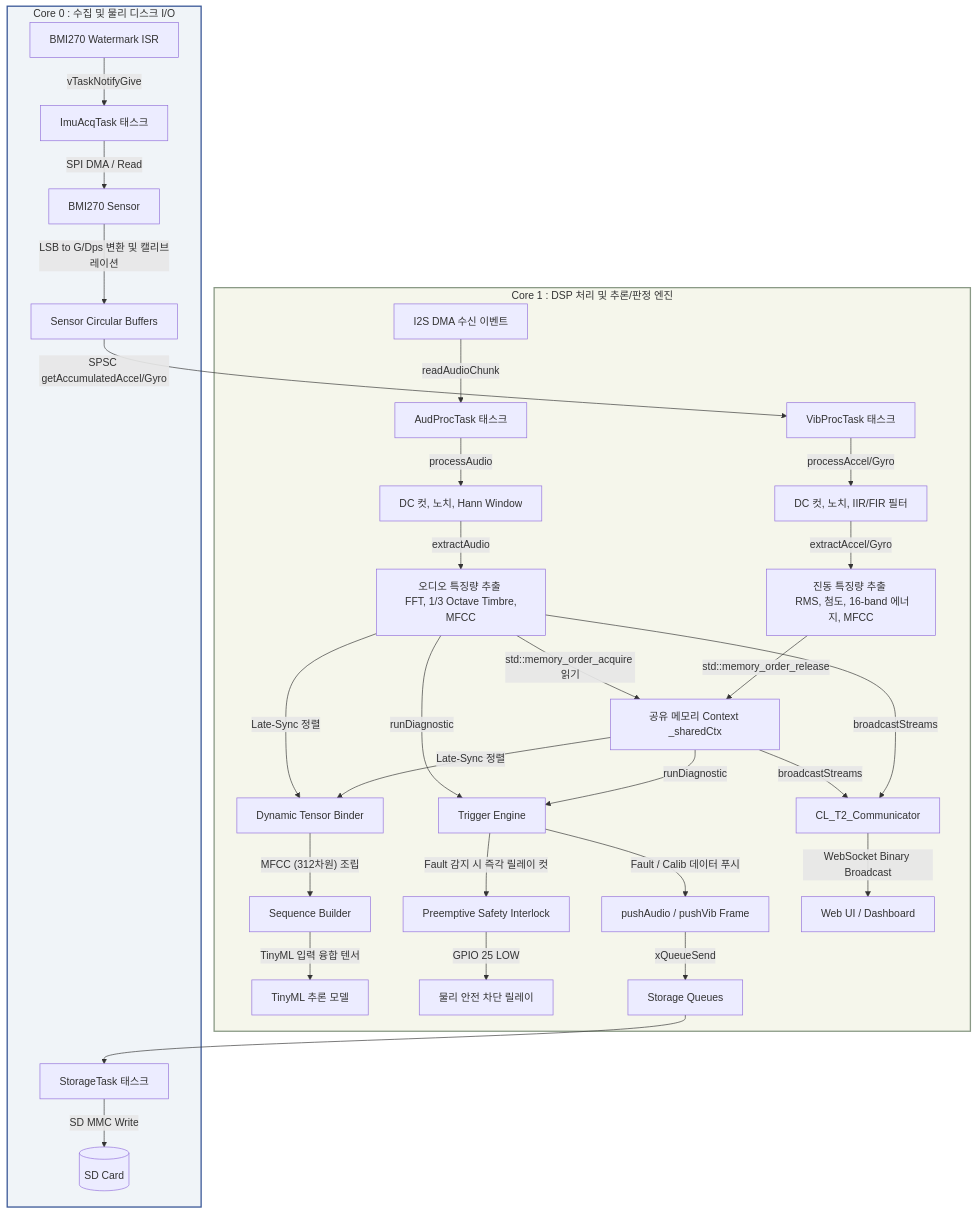
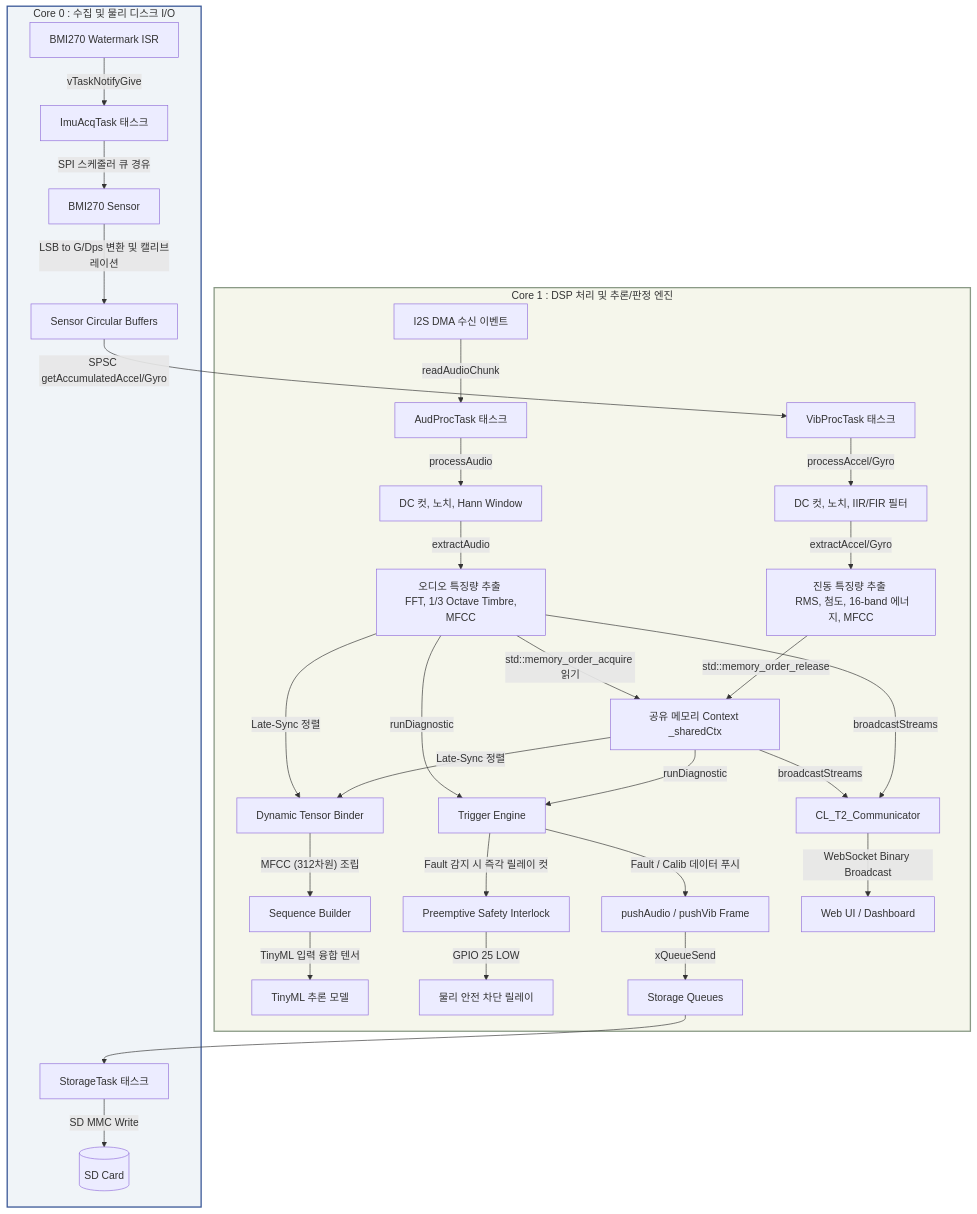
The third of 5 diagrams in src/T2_MSFM_250/Docs_FuncSpec/S40_func_flow_250.md (hosanglee-kr/ESP32_MSFM_250), drawn with Mermaid before and after one commit. The commit also changed other lines of this file and 36 other files, not shown here.

````diff
--- a/src/T2_MSFM_250/Docs_FuncSpec/S40_func_flow_250.md
+++ b/src/T2_MSFM_250/Docs_FuncSpec/S40_func_flow_250.md
@@ -122,48 +116,48 @@
 ```mermaid
 graph TD
     %% 코어 배정
     subgraph Core0 [Core 0 : 수집 및 물리 디스크 I/O]
         style Core0 fill:#f0f4f8,stroke:#3b5998,stroke-width:2px
         ISR_Vib[BMI270 Watermark ISR] -->|vTaskNotifyGive| Task_Acq[ImuAcqTask 태스크]
-        Task_Acq -->|SPI DMA / Read| Sensor_Vib[BMI270 Sensor]
+        Task_Acq -->|SPI 스케줄러 큐 경유| Sensor_Vib[BMI270 Sensor]
         Sensor_Vib -->|LSB to G/Dps 변환 및 캘리브레이션| Ring_Sensor[Sensor Circular Buffers]
         
         Task_Storage[StorageTask 태스크] -->|SD MMC Write| SD_Card[(SD Card)]
     end
 
     subgraph Core1 [Core 1 : DSP 처리 및 추론/판정 엔진]
         style Core1 fill:#f5f6eb,stroke:#8a9a86,stroke-width:2px
         Task_VibProc[VibProcTask 태스크]
         Task_AudProc[AudProcTask 태스크]
         
         %% 진동 가공 흐름
         Ring_Sensor -->|SPSC getAccumulatedAccel/Gyro| Task_VibProc
         Task_VibProc -->|processAccel/Gyro| DSP_Vib[DC 컷, 노치, IIR/FIR 필터]
         DSP_Vib -->|extractAccel/Gyro| Feat_Vib[진동 특징량 추출 <br/> RMS, 첨도, 16-band 에너지, MFCC]
         Feat_Vib -->|std::memory_order_release| Shared_Ctx[공유 메모리 Context _sharedCtx]
 
         %% 오디오 가공 흐름
         I2S_DMA[I2S DMA 수신 이벤트] -->|readAudioChunk| Task_AudProc
         Task_AudProc -->|processAudio| DSP_Aud[DC 컷, 노치, Hann Window]
         DSP_Aud -->|extractAudio| Feat_Aud[오디오 특징량 추출 <br/> FFT, 1/3 Octave Timbre, MFCC]
         
         %% 특징량 병합 및 Late-Sync
         Feat_Aud -->|"std::memory_order_acquire 읽기"| Shared_Ctx
         Shared_Ctx & Feat_Aud -->|Late-Sync 정렬| Tensor_Binder[Dynamic Tensor Binder]
         Tensor_Binder -->|"MFCC (312차원) 조립"| Seq_Builder[Sequence Builder]
         Seq_Builder -->|TinyML 입력 융합 텐서| TinyML[TinyML 추론 모델]
 
         %% 진단 및 트리거
         Shared_Ctx & Feat_Aud -->|runDiagnostic| Trig_Eng[Trigger Engine]
         Trig_Eng -->|Fault 감지 시 즉각 릴레이 컷| Safety_Interlock[Preemptive Safety Interlock]
         Safety_Interlock -->|GPIO 25 LOW| Relay[물리 안전 차단 릴레이]
 
         %% 웹 및 스토리지 중계
         Trig_Eng -->|Fault / Calib 데이터 푸시| Storage_Push[pushAudio / pushVib Frame]
         Storage_Push -->|xQueueSend| Q_Storage[Storage Queues]
         Q_Storage --> Task_Storage
 
         Feat_Aud & Shared_Ctx -->|broadcastStreams| WS_Commu[CL_T2_Communicator]
         WS_Commu -->|WebSocket Binary Broadcast| External[Web UI / Dashboard]
     end
 ```
````
